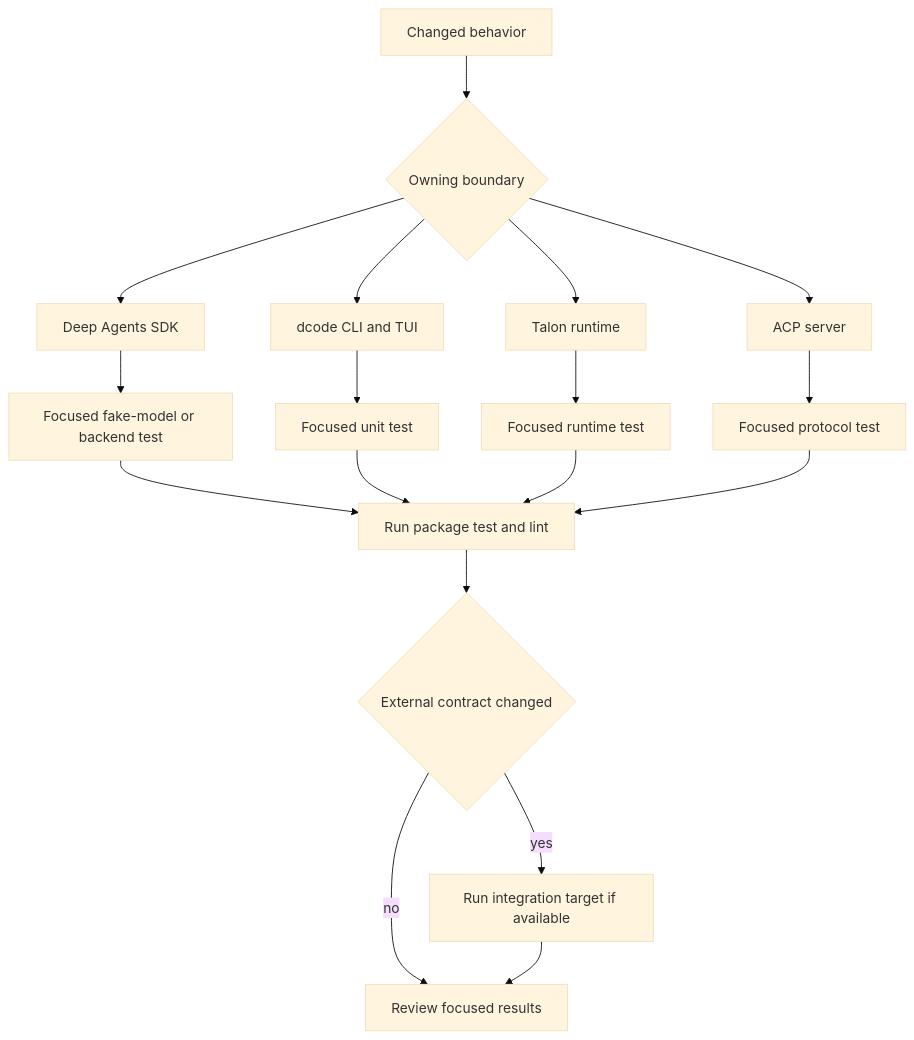
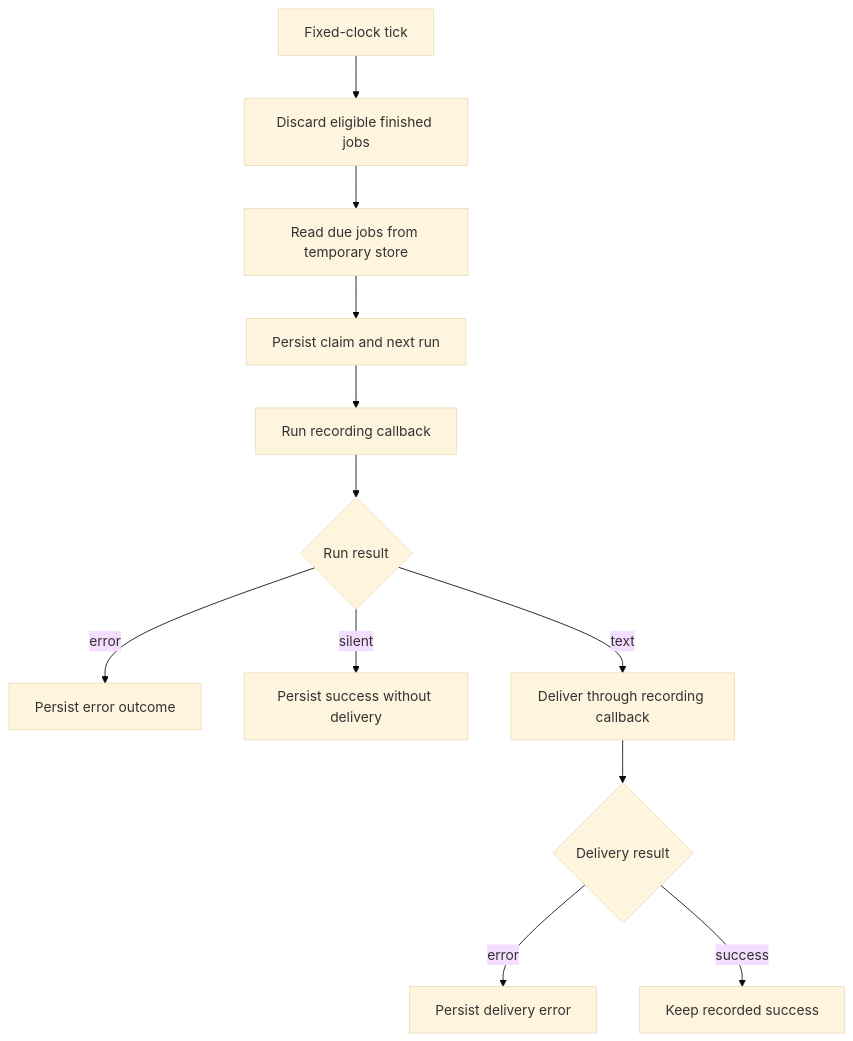
Before and after one commit to langchain-ai/deepagents: the diagram in openwiki/testing/testing-guide.md, drawn with Mermaid (base theme). The commit also changed other lines of this file and 16 other files, not shown here.

````diff
--- a/openwiki/testing/testing-guide.md
+++ b/openwiki/testing/testing-guide.md
@@ -49,20 +75,14 @@
 ```mermaid
 flowchart TD
-    Change["Changed behavior"] --> Owner{"Owning boundary"}
-    Owner --> SDK["Deep Agents SDK"]
-    Owner --> Code["dcode CLI and TUI"]
-    Owner --> Talon["Talon runtime"]
-    Owner --> ACP["ACP server"]
-    SDK --> SdkTest["Focused fake-model or backend test"]
-    Code --> CodeTest["Focused unit test"]
-    Talon --> TalonTest["Focused runtime test"]
-    ACP --> AcpTest["Focused protocol test"]
-    SdkTest --> Package["Run package test and lint"]
-    CodeTest --> Package
-    TalonTest --> Package
-    AcpTest --> Package
-    Package --> External{"External contract changed"}
-    External -->|"yes"| Integration["Run integration target if available"]
-    External -->|"no"| Review["Review focused results"]
-    Integration --> Review
+    Tick["Fixed-clock tick"] --> Sweep["Discard eligible finished jobs"]
+    Sweep --> Due["Read due jobs from temporary store"]
+    Due --> Claim["Persist claim and next run"]
+    Claim --> Run["Run recording callback"]
+    Run --> Outcome{"Run result"}
+    Outcome -->|"error"| Error["Persist error outcome"]
+    Outcome -->|"silent"| Quiet["Persist success without delivery"]
+    Outcome -->|"text"| Deliver["Deliver through recording callback"]
+    Deliver --> Delivered{"Delivery result"}
+    Delivered -->|"error"| DeliveryError["Persist delivery error"]
+    Delivered -->|"success"| Done["Keep recorded success"]
 ```
````
